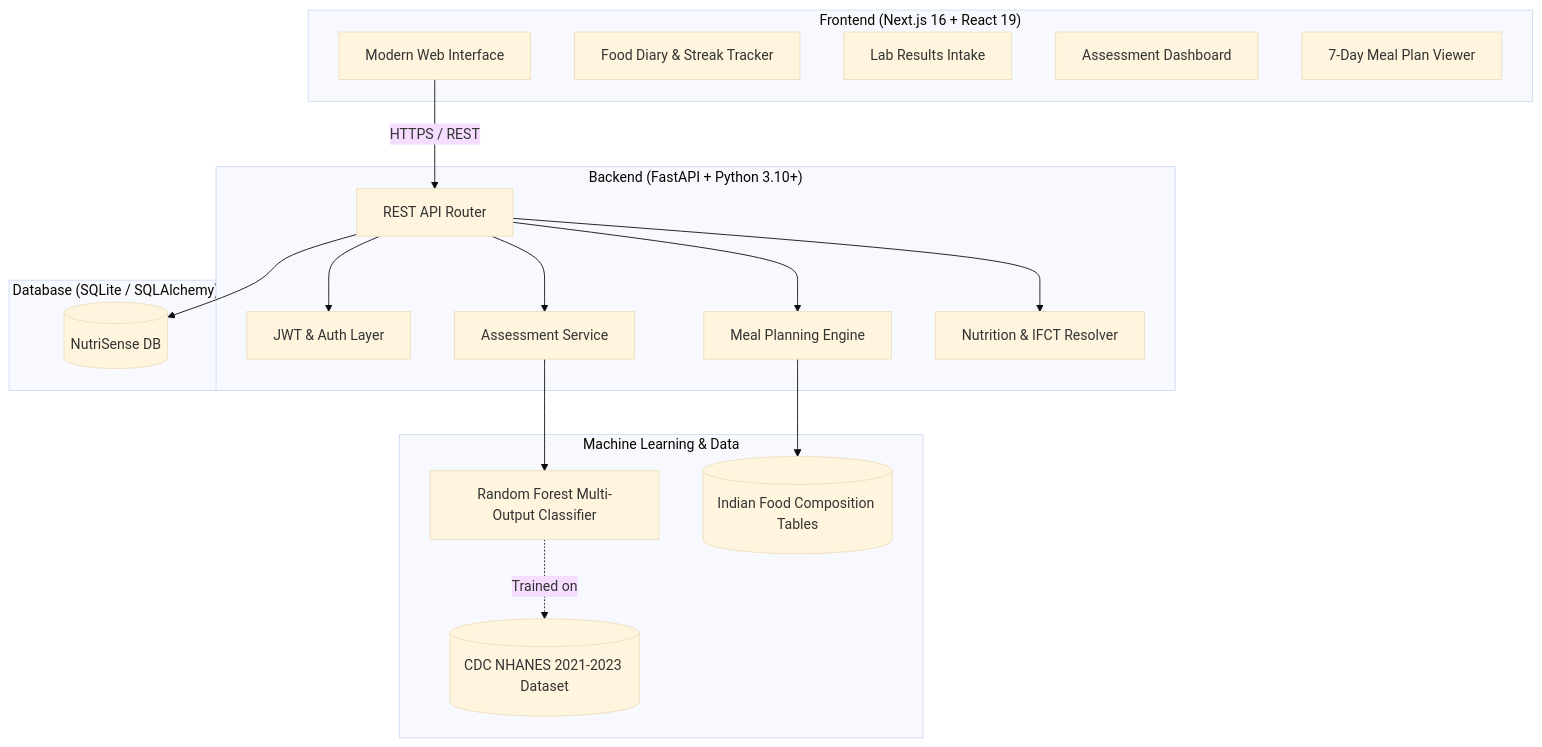
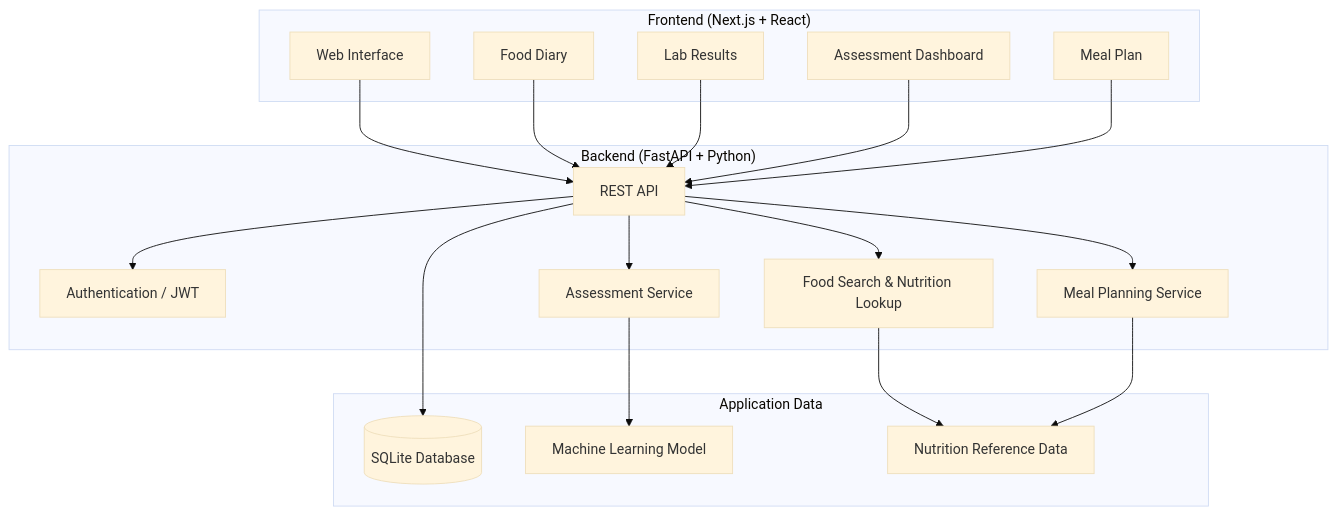
Before and after one commit to adimishra12/NutriSense: the diagram in README.md, drawn with Mermaid (base theme). The commit also changed other lines of this file, not shown here.

````diff
--- a/README.md
+++ b/README.md
@@ -80,39 +93,38 @@
 ```mermaid
 flowchart TD
-    subgraph Client ["Frontend (Next.js 16 + React 19)"]
-        UI["Modern Web Interface"]
-        FD["Food Diary & Streak Tracker"]
-        LR["Lab Results Intake"]
-        AS["Assessment Dashboard"]
-        MP["7-Day Meal Plan Viewer"]
+    subgraph Client ["Frontend (Next.js + React)"]
+        UI["Web Interface"]
+        DIARY["Food Diary"]
+        LABS["Lab Results"]
+        ASSESS["Assessment Dashboard"]
+        PLAN["Meal Plan"]
     end
 
-    subgraph Server ["Backend (FastAPI + Python 3.10+)"]
-        API["REST API Router"]
-        AUTH["JWT & Auth Layer"]
-        SERV_ASSESS["Assessment Service"]
-        SERV_MEAL["Meal Planning Engine"]
-        SERV_FOOD["Nutrition & IFCT Resolver"]
+    subgraph Server ["Backend (FastAPI + Python)"]
+        API["REST API"]
+        AUTH["Authentication / JWT"]
+        FOOD["Food Search & Nutrition Lookup"]
+        AS["Assessment Service"]
+        MP["Meal Planning Service"]
     end
 
-    subgraph Intelligence ["Machine Learning & Data"]
-        RF["Random Forest Multi-Output Classifier"]
-        NHANES[("CDC NHANES 2021-2023 Dataset")]
-        IFCT[("Indian Food Composition Tables")]
+    subgraph Data ["Application Data"]
+        SQLITE[("SQLite Database")]
+        MODEL["Machine Learning Model"]
+        SOURCES["Nutrition Reference Data"]
     end
 
-    subgraph Persistence ["Database (SQLite / SQLAlchemy)"]
-        DB[("NutriSense DB")]
-    end
-
-    UI -->|HTTPS / REST| API
+    UI --> API
+    DIARY --> API
+    LABS --> API
+    ASSESS --> API
+    PLAN --> API
     API --> AUTH
-    API --> SERV_ASSESS
-    API --> SERV_MEAL
-    API --> SERV_FOOD
-
-    SERV_ASSESS --> RF
-    RF -. Trained on .-> NHANES
-    SERV_MEAL --> IFCT
-    API --> DB
+    API --> FOOD
+    API --> AS
+    API --> MP
+    API --> SQLITE
+    AS --> MODEL
+    FOOD --> SOURCES
+    MP --> SOURCES
 ```
````
